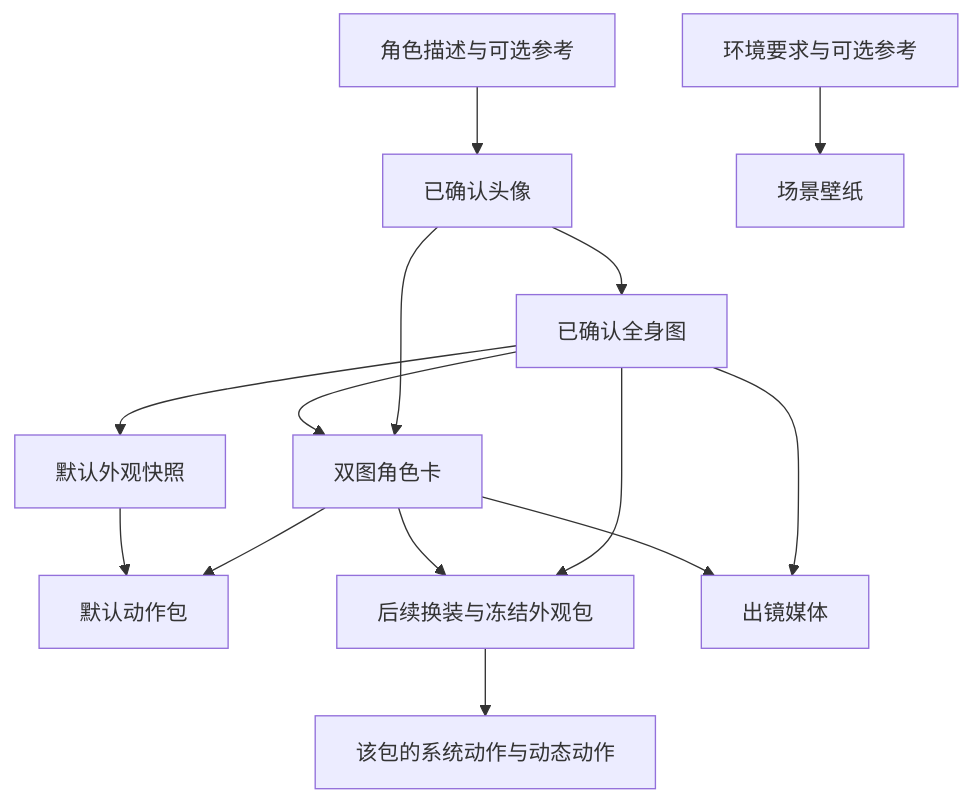
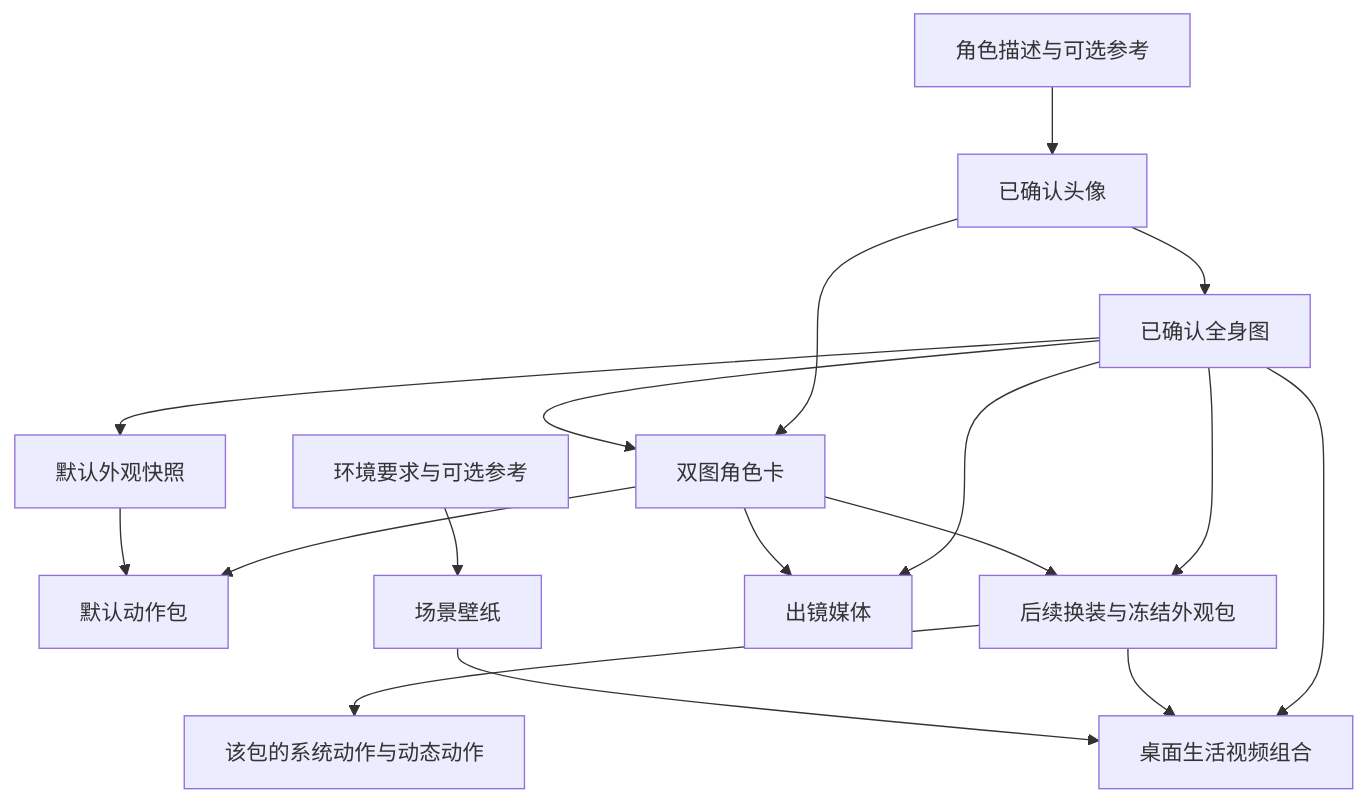
The first of 2 diagrams in docs/PIPELINE.md (yangjinming1062/SpiritAgent), drawn with Mermaid before and after one commit. The commit also changed other lines of this file and 128 other files, not shown here.

````diff
--- a/docs/PIPELINE.md
+++ b/docs/PIPELINE.md
@@ -7,16 +7,19 @@
 ```mermaid
 flowchart TD
     Input[角色描述与可选参考] --> Avatar[已确认头像]
     Avatar --> Full[已确认全身图]
     Avatar --> Card[双图角色卡]
     Full --> Card
     Full --> Default[默认外观快照]
     Card --> Video[默认动作包]
     Default --> Video
     Full --> Outfit[后续换装与冻结外观包]
     Card --> Outfit
     Outfit --> Action[该包的系统动作与动态动作]
     Full --> SelfMedia[出镜媒体]
     Card --> SelfMedia
     Environment[环境要求与可选参考] --> Scene[场景壁纸]
+    Full --> Desktop[桌面生活视频组合]
+    Outfit --> Desktop
+    Scene --> Desktop
 ```
````
